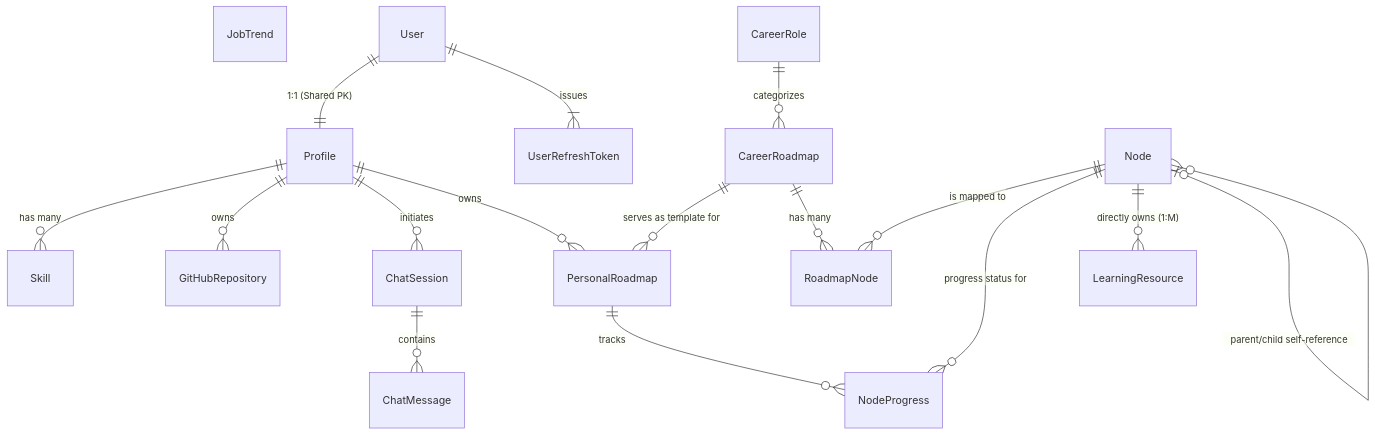
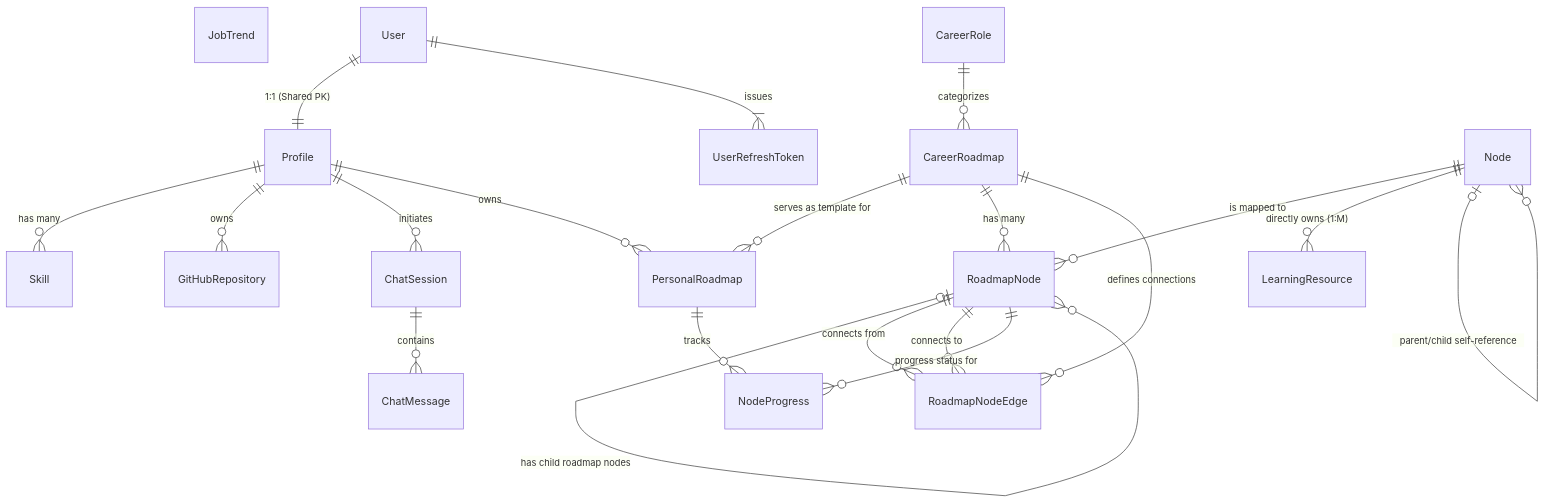
The diagram in document/diagram/conceptual_erd.mmd (blackspacelock/prn232), drawn with Mermaid before and after one commit. The commit also changed 3 other files, not shown here.

Commit message:
docs: update erd following the new roadmap structure & seeding data scripts

```diff
--- a/document/diagram/conceptual_erd.mmd
+++ b/document/diagram/conceptual_erd.mmd
@@ -1,28 +1,32 @@
 erDiagram
     %% Standalone Entity
     JobTrend 
 
     %% Core User & Profile Entities
     User ||--|| Profile : "1:1 (Shared PK)"
     Profile ||--o{ Skill : "has many"
     Profile ||--o{ GitHubRepository : "owns"
     Profile ||--o{ ChatSession : "initiates"
     ChatSession ||--o{ ChatMessage : "contains"
     User ||--|{ UserRefreshToken : "issues"
 
     %% Career & Roadmap Template Entities
     CareerRole ||--o{ CareerRoadmap : "categorizes"
     
     %% Personalization Entities
     CareerRoadmap ||--o{ PersonalRoadmap : "serves as template for"
     Profile ||--o{ PersonalRoadmap : "owns"
 
     %% Hierarchy & Junction Entities
     CareerRoadmap ||--o{ RoadmapNode : "has many"
     Node ||--o{ RoadmapNode : "is mapped to"
+    RoadmapNode |o--o{ RoadmapNode : "has child roadmap nodes"
+    CareerRoadmap ||--o{ RoadmapNodeEdge : "defines connections"
+    RoadmapNode ||--o{ RoadmapNodeEdge : "connects from"
+    RoadmapNode ||--o{ RoadmapNodeEdge : "connects to"
     
     PersonalRoadmap ||--o{ NodeProgress : "tracks"
-    Node ||--o{ NodeProgress : "progress status for"
+    RoadmapNode ||--o{ NodeProgress : "progress status for"
 
     Node ||--o{ LearningResource : "directly owns (1:M)"
     Node |o--o{ Node : "parent/child self-reference"
```
